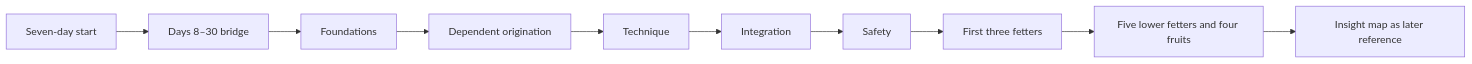
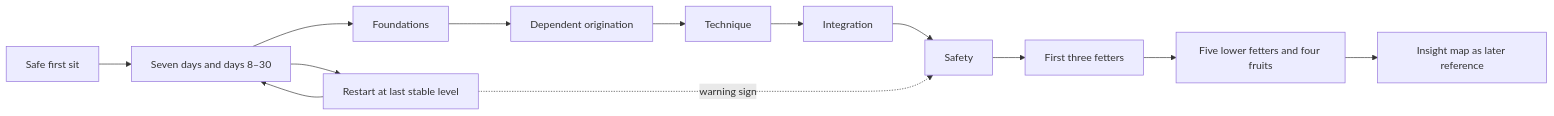
Before and after one commit to streamentry/streamentry: the first of 3 diagrams in book/chapters/AGENTS.md, drawn with Mermaid. The commit also changed other lines of this file and 19 other files, not shown here.

````diff
--- a/book/chapters/AGENTS.md
+++ b/book/chapters/AGENTS.md
@@ -27,4 +30,7 @@
 ```mermaid
 flowchart LR
-  A["Seven-day start"] --> M["Days 8–30 bridge"] --> B["Foundations"] --> C["Dependent origination"] --> D["Technique"] --> E["Integration"] --> F["Safety"] --> G["First three fetters"] --> H["Five lower fetters and four fruits"] --> I["Insight map as later reference"]
+  A["Safe first sit"] --> M["Seven days and days 8–30"] --> B["Foundations"] --> C["Dependent origination"] --> D["Technique"] --> E["Integration"] --> F["Safety"] --> G["First three fetters"] --> H["Five lower fetters and four fruits"] --> I["Insight map as later reference"]
+  M --> R["Restart at last stable level"]
+  R --> M
+  R -. "warning sign" .-> F
 ```
````
